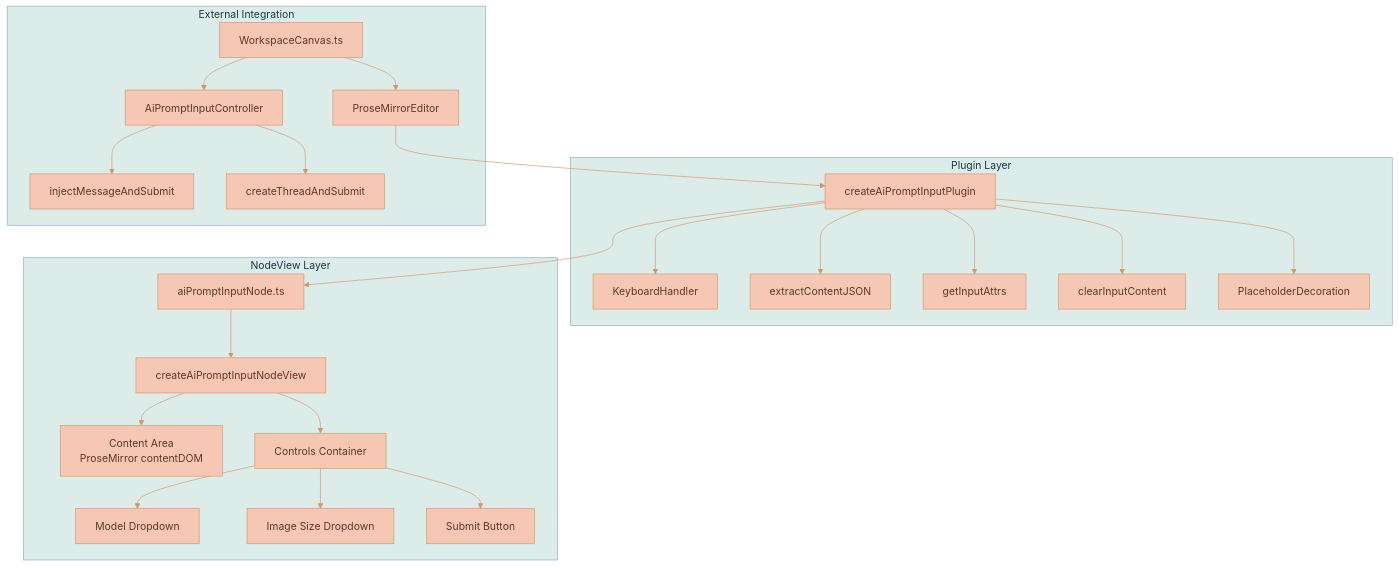
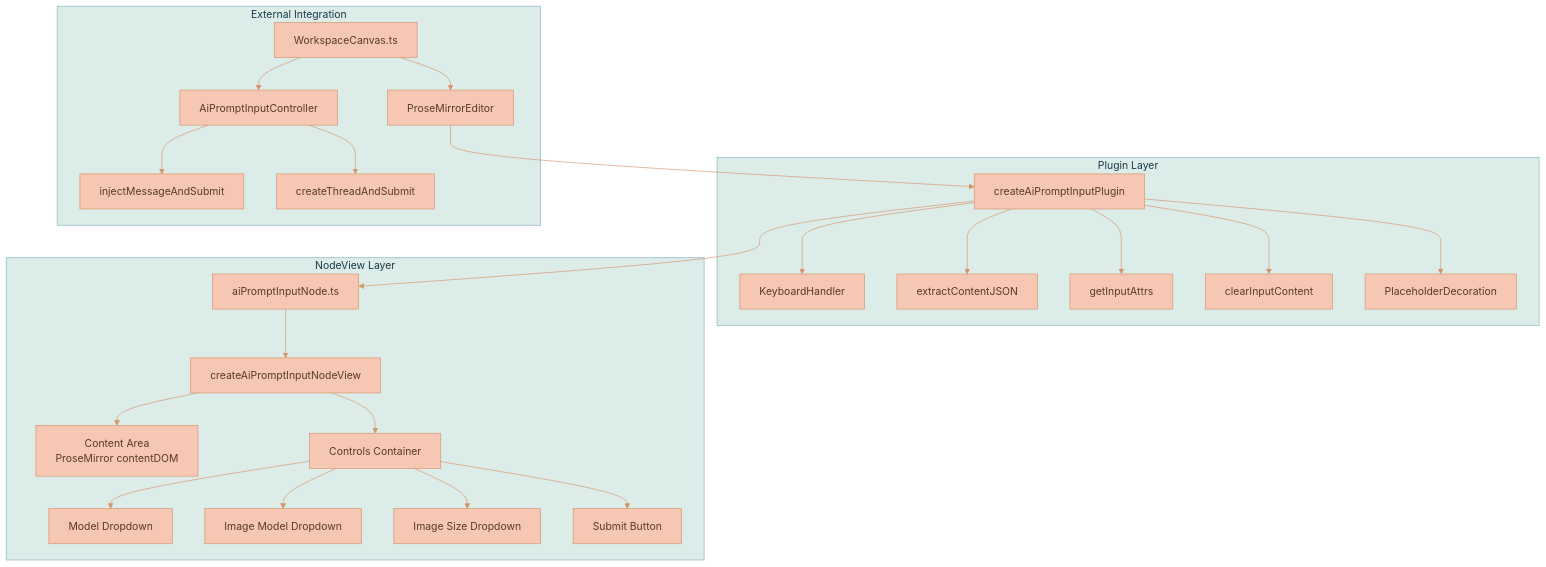
Before and after one commit to Lixpi/lixpi: the first of 2 diagrams in services/web-ui/src/components/proseMirror/plugins/aiPromptInputPlugin/README.md, drawn with Mermaid. The commit also changed other lines of this file and 29 other files, not shown here.

Commit message:
LIX-43 # more advanced image generation pipeline starting from text model piped into image model with instructions

````diff
--- a/services/web-ui/src/components/proseMirror/plugins/aiPromptInputPlugin/README.md
+++ b/services/web-ui/src/components/proseMirror/plugins/aiPromptInputPlugin/README.md
@@ -25,30 +25,31 @@
 ```mermaid
 %%{init: {'theme': 'base', 'themeVariables': { 'primaryColor': '#F6C7B3', 'primaryTextColor': '#5a3a2a', 'primaryBorderColor': '#d4956a', 'secondaryColor': '#C3DEDD', 'secondaryTextColor': '#1a3a47', 'secondaryBorderColor': '#4a8a9d', 'tertiaryColor': '#DCECE9', 'tertiaryTextColor': '#1a3a47', 'tertiaryBorderColor': '#82B2C0', 'lineColor': '#d4956a', 'textColor': '#5a3a2a'}}}%%
 graph TD
     subgraph "Plugin Layer"
         A[createAiPromptInputPlugin] --> B[KeyboardHandler]
         A --> C[extractContentJSON]
         A --> D[getInputAttrs]
         A --> E[clearInputContent]
         A --> F[PlaceholderDecoration]
     end
 
     subgraph "NodeView Layer"
         N[aiPromptInputNode.ts] --> NV[createAiPromptInputNodeView]
         NV --> CONT[Content Area<br/>ProseMirror contentDOM]
         NV --> CTRL[Controls Container]
         CTRL --> MD[Model Dropdown]
+        CTRL --> IMD[Image Model Dropdown]
         CTRL --> ISD[Image Size Dropdown]
         CTRL --> SB[Submit Button]
     end
 
     subgraph "External Integration"
         PE[ProseMirrorEditor] --> A
         WC[WorkspaceCanvas.ts] --> PE
         WC --> CTRL2[AiPromptInputController]
         CTRL2 --> INJ[injectMessageAndSubmit]
         CTRL2 --> CRT[createThreadAndSubmit]
     end
 
     A --> N
 ```
````
